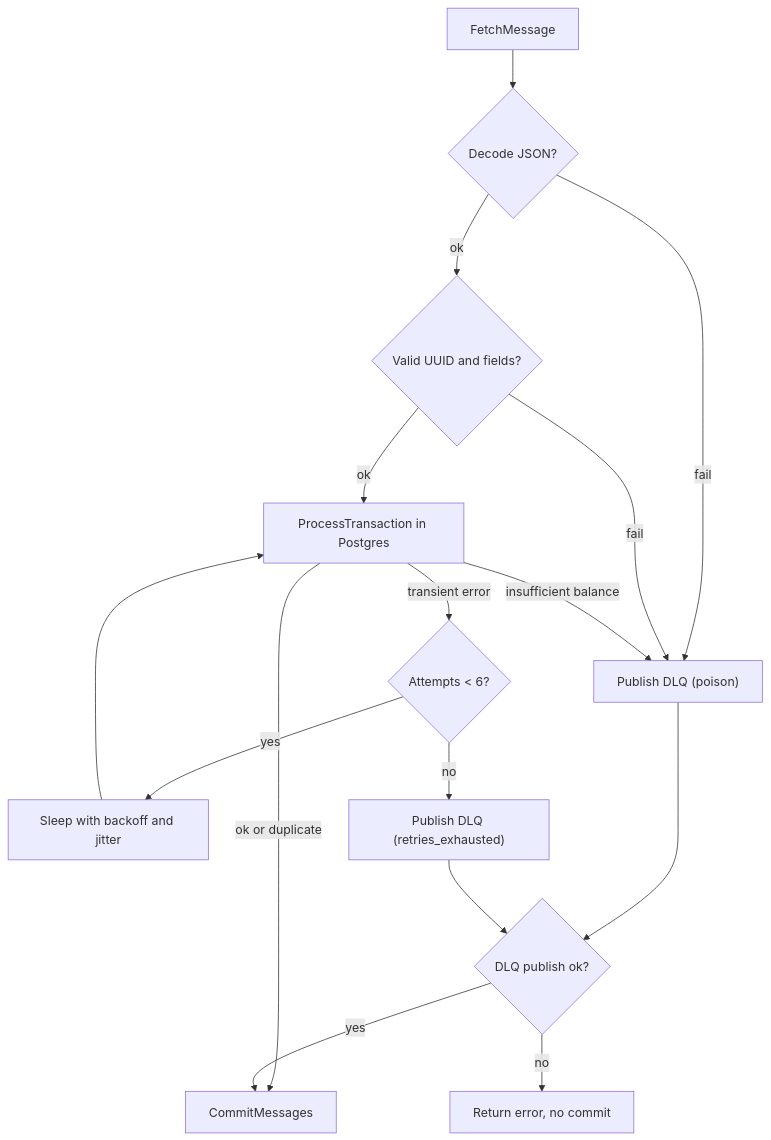
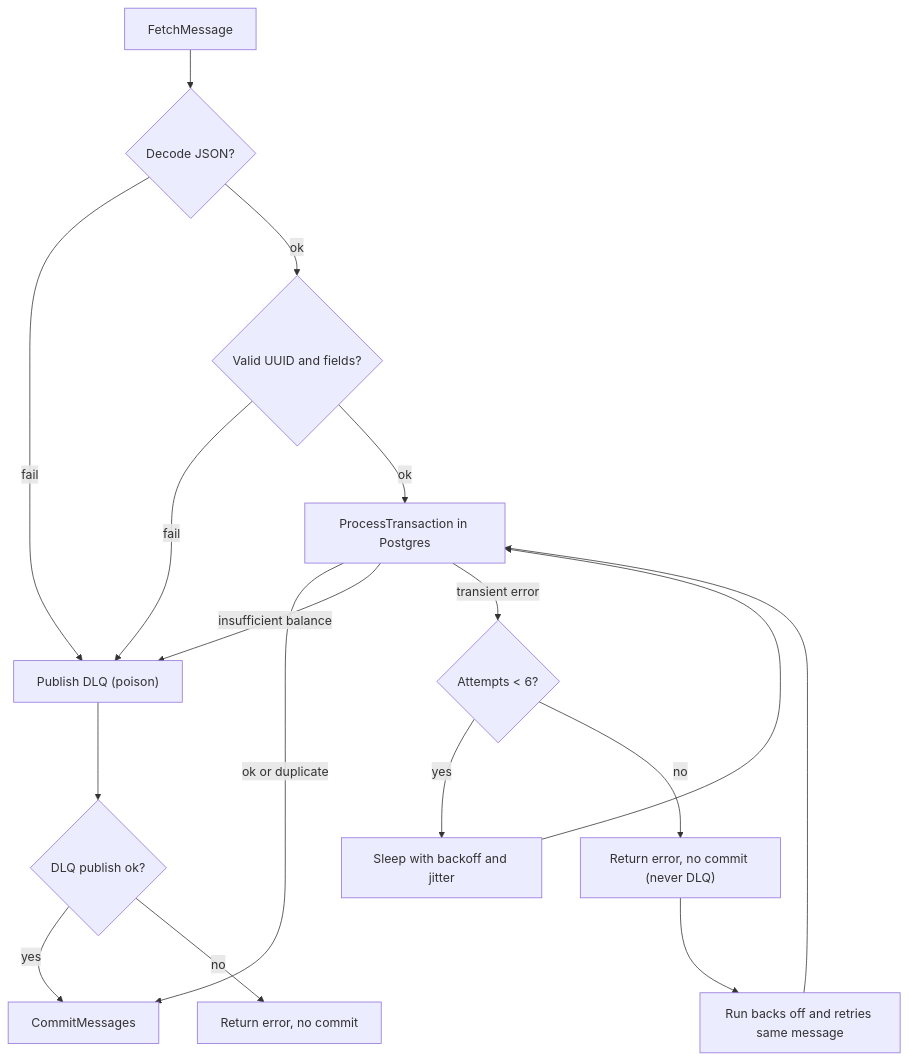
The second of 3 diagrams in README.md (sujal-thakur01/eventpulse), drawn with Mermaid before and after one commit. The commit also changed other lines of this file and 4 other files, not shown here.

Commit message:
fix: keep transient failures out of the DLQ, harden restart test

````diff
--- a/README.md
+++ b/README.md
@@ -49,17 +48,17 @@
 ```mermaid
 flowchart TD
     Fetch[FetchMessage] --> Decode{Decode JSON?}
     Decode -->|fail| Poison["Publish DLQ (poison)"]
     Decode -->|ok| Validate{Valid UUID and fields?}
     Validate -->|fail| Poison
     Validate -->|ok| Process["ProcessTransaction in Postgres"]
     Process -->|ok or duplicate| Commit[CommitMessages]
     Process -->|insufficient balance| Poison
     Process -->|transient error| Retry{Attempts < 6?}
     Retry -->|yes| Backoff["Sleep with backoff and jitter"] --> Process
-    Retry -->|no| Exhausted["Publish DLQ (retries_exhausted)"]
+    Retry -->|no| TransientNoCommit["Return error, no commit (never DLQ)"]
+    TransientNoCommit --> RunRetry["Run backs off and retries same message"] --> Process
     Poison --> DLQOk{DLQ publish ok?}
-    Exhausted --> DLQOk
     DLQOk -->|yes| Commit
     DLQOk -->|no| NoCommit["Return error, no commit"]
 ```
````
